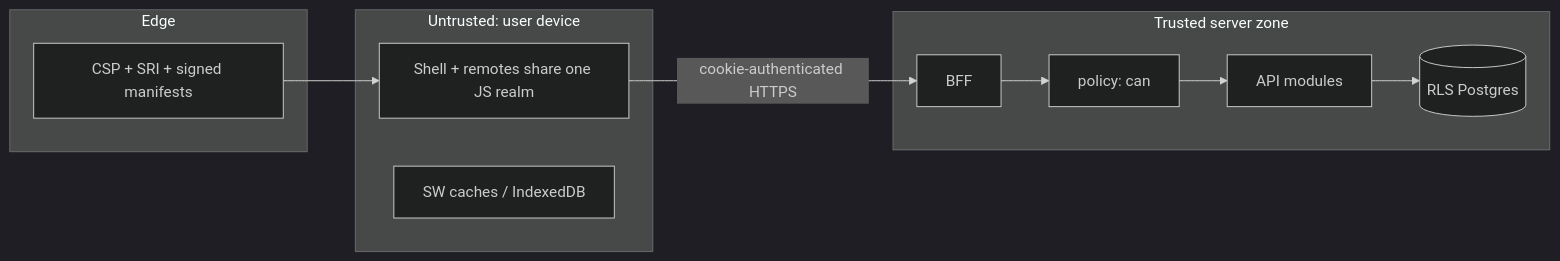
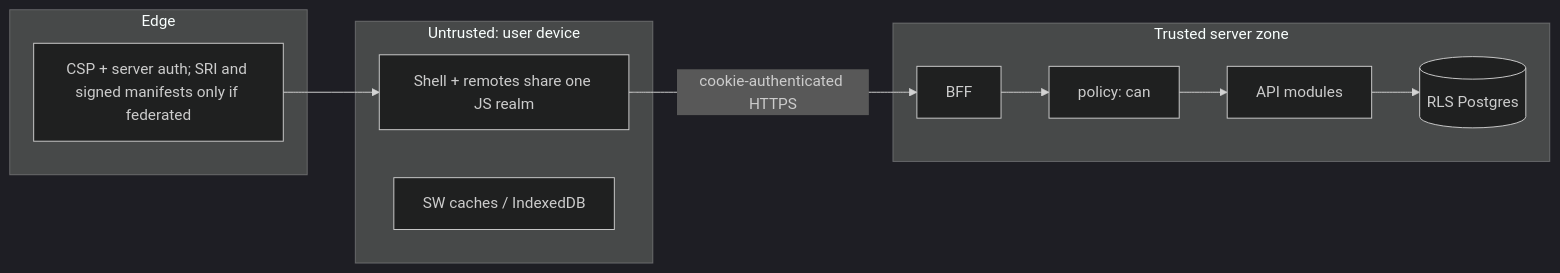
The fourth of 7 diagrams in Yash_Final_Project_Document/25_DIAGRAM_LIBRARY/SYSTEM_DIAGRAMS.md (yhsomani/talentsphere-complete), drawn with Mermaid (dark theme) before and after one commit. The commit also changed other lines of this file and 98 other files, not shown here.

````diff
--- a/Yash_Final_Project_Document/25_DIAGRAM_LIBRARY/SYSTEM_DIAGRAMS.md
+++ b/Yash_Final_Project_Document/25_DIAGRAM_LIBRARY/SYSTEM_DIAGRAMS.md
@@ -72,17 +72,17 @@
 ```mermaid
 flowchart LR
   subgraph Untrusted[Untrusted: user device]
     JS[Shell + remotes share one JS realm]
     Cache[SW caches / IndexedDB]
   end
   subgraph Edge[Edge]
-    CSP[CSP + SRI + signed manifests]
+    CSP[CSP + server auth; SRI and signed manifests only if federated]
   end
   subgraph Trusted[Trusted server zone]
     BFF2[BFF] --> Policy[policy: can]
     Policy --> Mods[API modules]
     Mods --> DB[(RLS Postgres)]
   end
   JS -->|cookie-authenticated HTTPS| BFF2
   CSP --> JS
 ```
````
